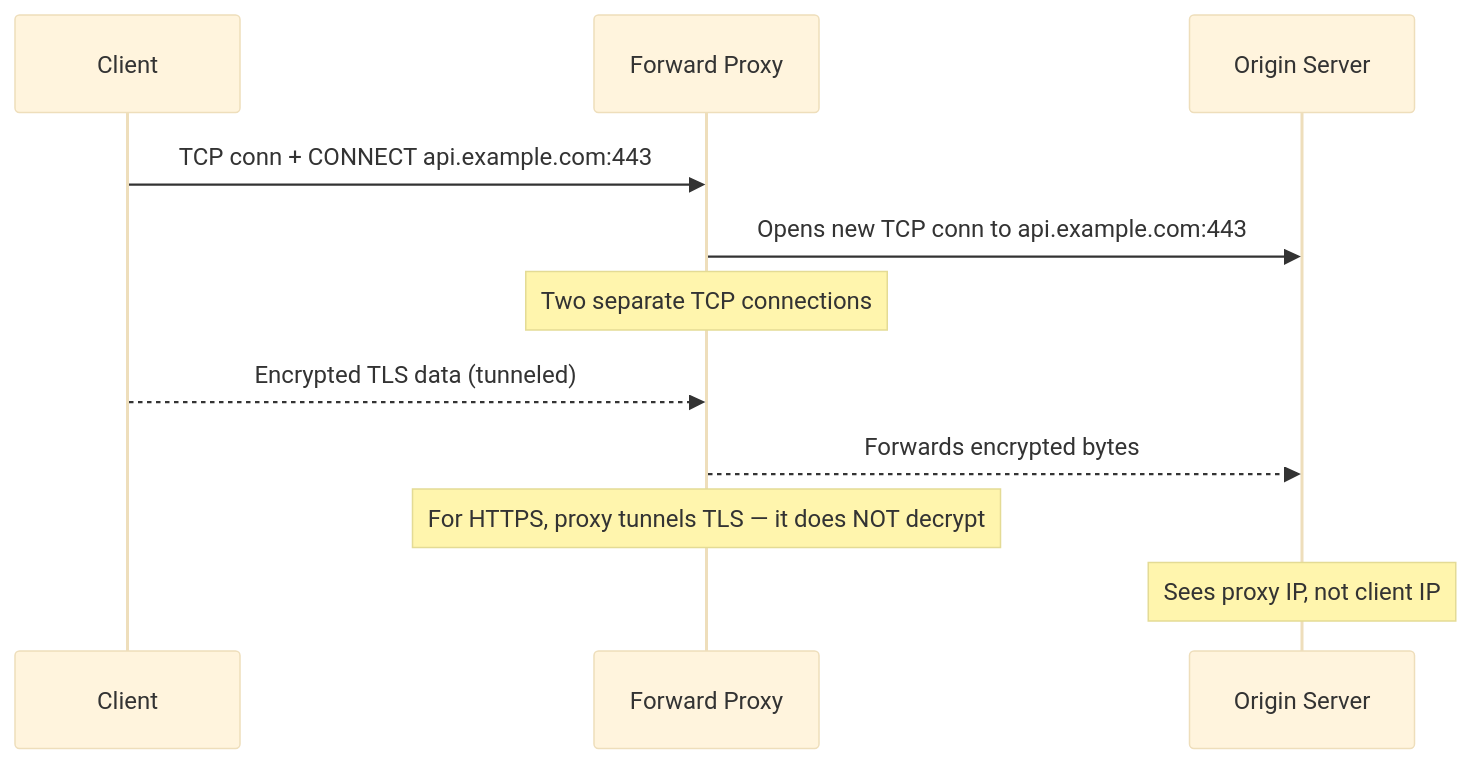
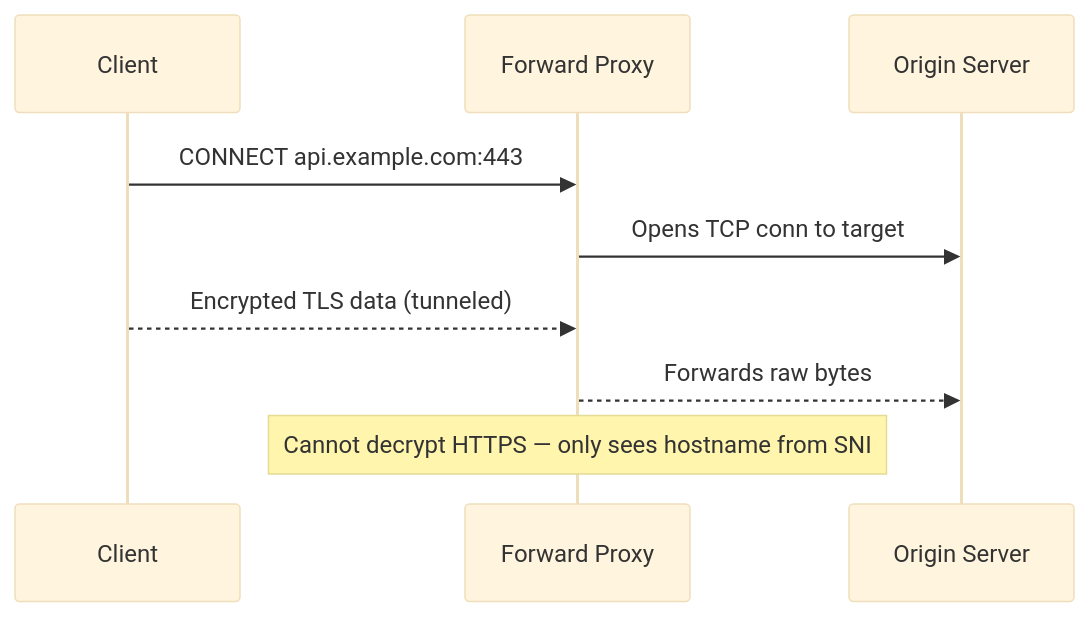
One commit to sharief007/dev-docs changed the first of 2 diagrams in content/design-concepts/networking/reverse-proxy.md. Above: the diagram before and after it, drawn with Mermaid (base theme). The commit also changed other lines of this file and 91 other files, not shown here.

````diff
--- a/content/design-concepts/networking/reverse-proxy.md
+++ b/content/design-concepts/networking/reverse-proxy.md
@@ -19,14 +20,12 @@
 ```mermaid
 sequenceDiagram
     participant C as Client
     participant F as Forward Proxy
     participant S as Origin Server
 
-    C->>F: TCP conn + CONNECT api.example.com:443
-    F->>S: Opens new TCP conn to api.example.com:443
-    Note over F: Two separate TCP connections
+    C->>F: CONNECT api.example.com:443
+    F->>S: Opens TCP conn to target
     C-->>F: Encrypted TLS data (tunneled)
-    F-->>S: Forwards encrypted bytes
-    Note over F: For HTTPS, proxy tunnels TLS — it does NOT decrypt
-    Note over S: Sees proxy IP, not client IP
+    F-->>S: Forwards raw bytes
+    Note over F: Cannot decrypt HTTPS — only sees hostname from SNI
 ```
````
